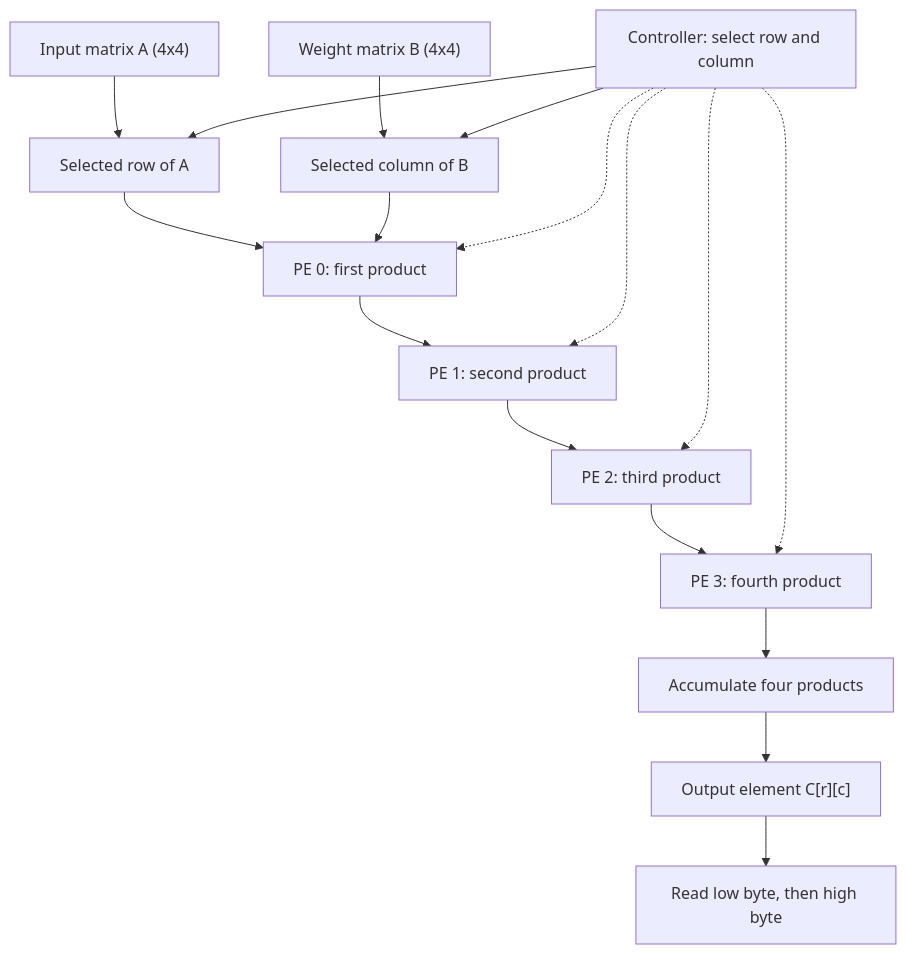
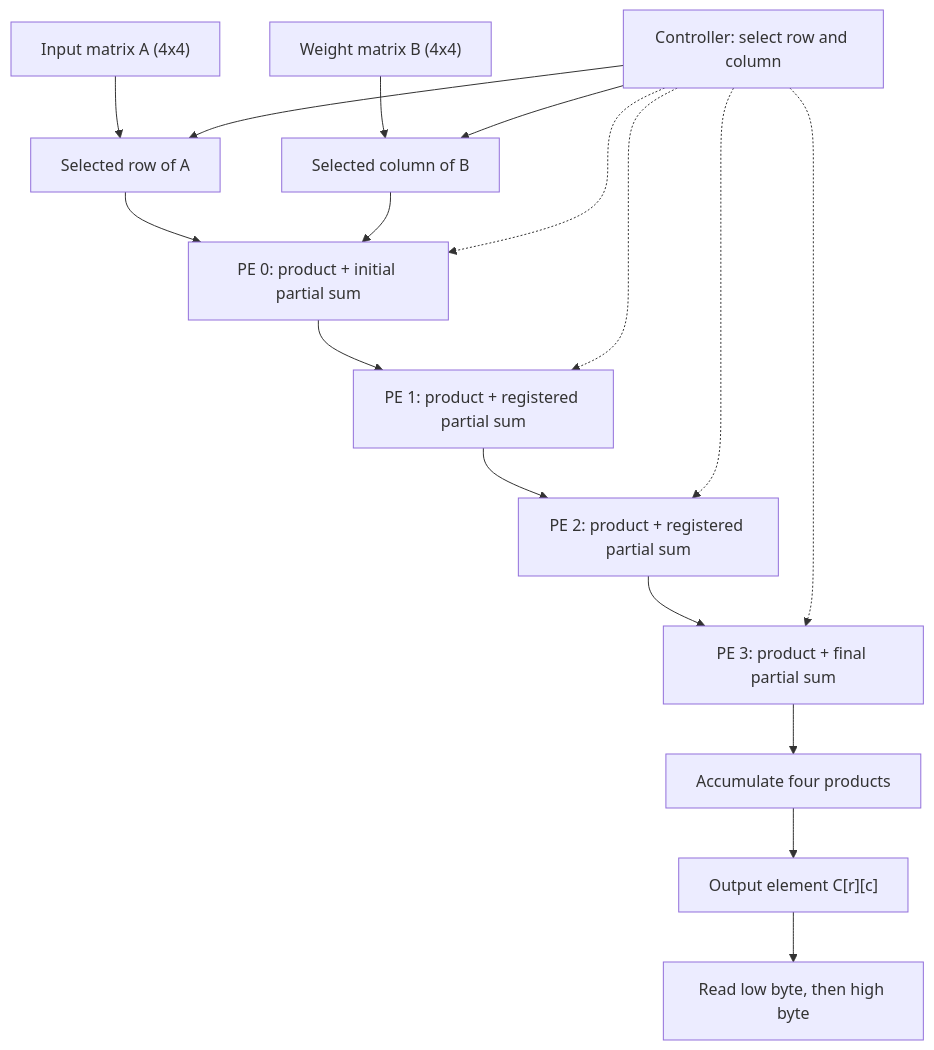
The diagram in README.md (rakhinitin/cnn-tiny-tapeout), drawn with Mermaid before and after one commit. The commit also changed other lines of this file, not shown here.

````diff
--- a/README.md
+++ b/README.md
@@ -26,37 +26,37 @@
 ```mermaid
 flowchart TD
     A["Input matrix A (4x4)"]
     B["Weight matrix B (4x4)"]
     CTRL["Controller: select row and column"]
 
     AR["Selected row of A"]
     BC["Selected column of B"]
 
-    PE0["PE 0: first product"]
-    PE1["PE 1: second product"]
-    PE2["PE 2: third product"]
-    PE3["PE 3: fourth product"]
+    PE0["PE 0: product + initial partial sum"]
+    PE1["PE 1: product + registered partial sum"]
+    PE2["PE 2: product + registered partial sum"]
+    PE3["PE 3: product + final partial sum"]
 
     SUM["Accumulate four products"]
     C["Output element C[r][c]"]
     HOST["Read low byte, then high byte"]
 
     A --> AR
     B --> BC
     CTRL --> AR
     CTRL --> BC
 
     AR --> PE0
     BC --> PE0
     PE0 --> PE1
     PE1 --> PE2
     PE2 --> PE3
     PE3 --> SUM
     SUM --> C
     C --> HOST
 
     CTRL -.-> PE0
     CTRL -.-> PE1
     CTRL -.-> PE2
     CTRL -.-> PE3
 ```
````
